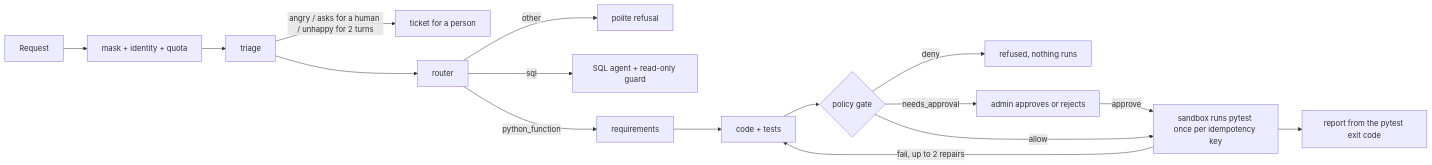
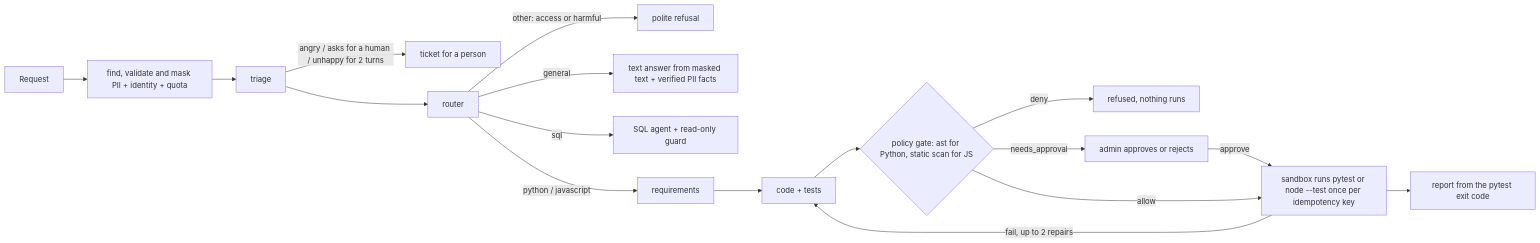
The diagram in README.md (prathameshmanjare-cloud/404), drawn with Mermaid before and after one commit. The commit also changed other lines of this file and 29 other files, not shown here.

````diff
--- a/README.md
+++ b/README.md
@@ -8,17 +10,18 @@
 ```mermaid
 flowchart LR
-  A[Request] --> M[mask + identity + quota]
+  A[Request] --> M[find, validate and mask PII + identity + quota]
   M --> T[triage]
   T -- angry / asks for a human / unhappy for 2 turns --> K[ticket for a person]
   T --> R[router]
-  R -- other --> X[polite refusal]
+  R -- other: access or harmful --> X[polite refusal]
+  R -- general --> G[text answer from masked text + verified PII facts]
   R -- sql --> S[SQL agent + read-only guard]
-  R -- python_function --> Q[requirements] --> C[code + tests]
-  C --> P{policy gate}
+  R -- python / javascript --> Q[requirements] --> C[code + tests]
+  C --> P{policy gate: ast for Python, static scan for JS}
   P -- deny --> D[refused, nothing runs]
   P -- needs_approval --> AP[admin approves or rejects]
   AP -- approve --> SB
-  P -- allow --> SB[sandbox runs pytest once per idempotency key]
+  P -- allow --> SB[sandbox runs pytest or node --test once per idempotency key]
   SB -- fail, up to 2 repairs --> C
   SB --> REP[report from the pytest exit code]
 ```
````
